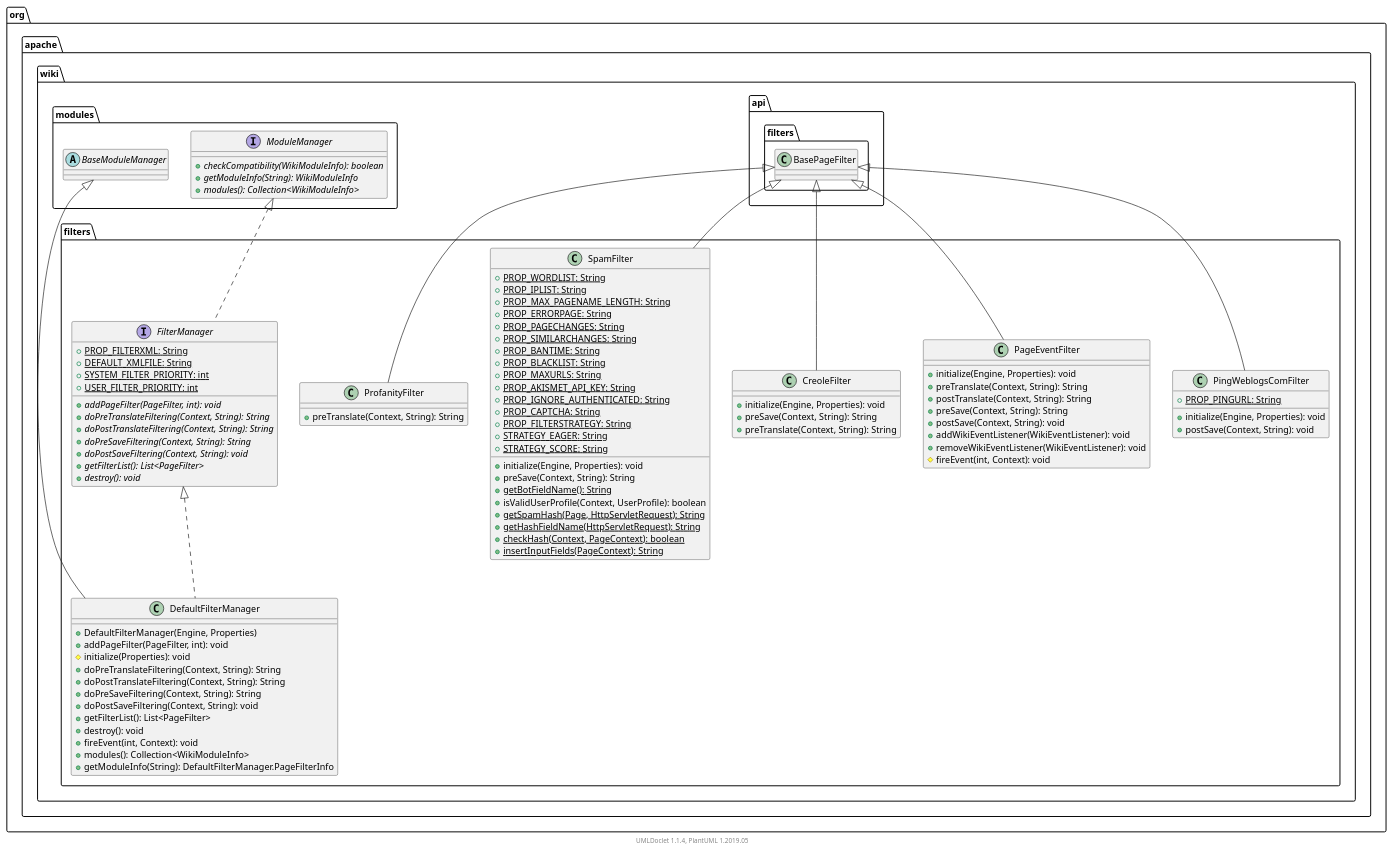
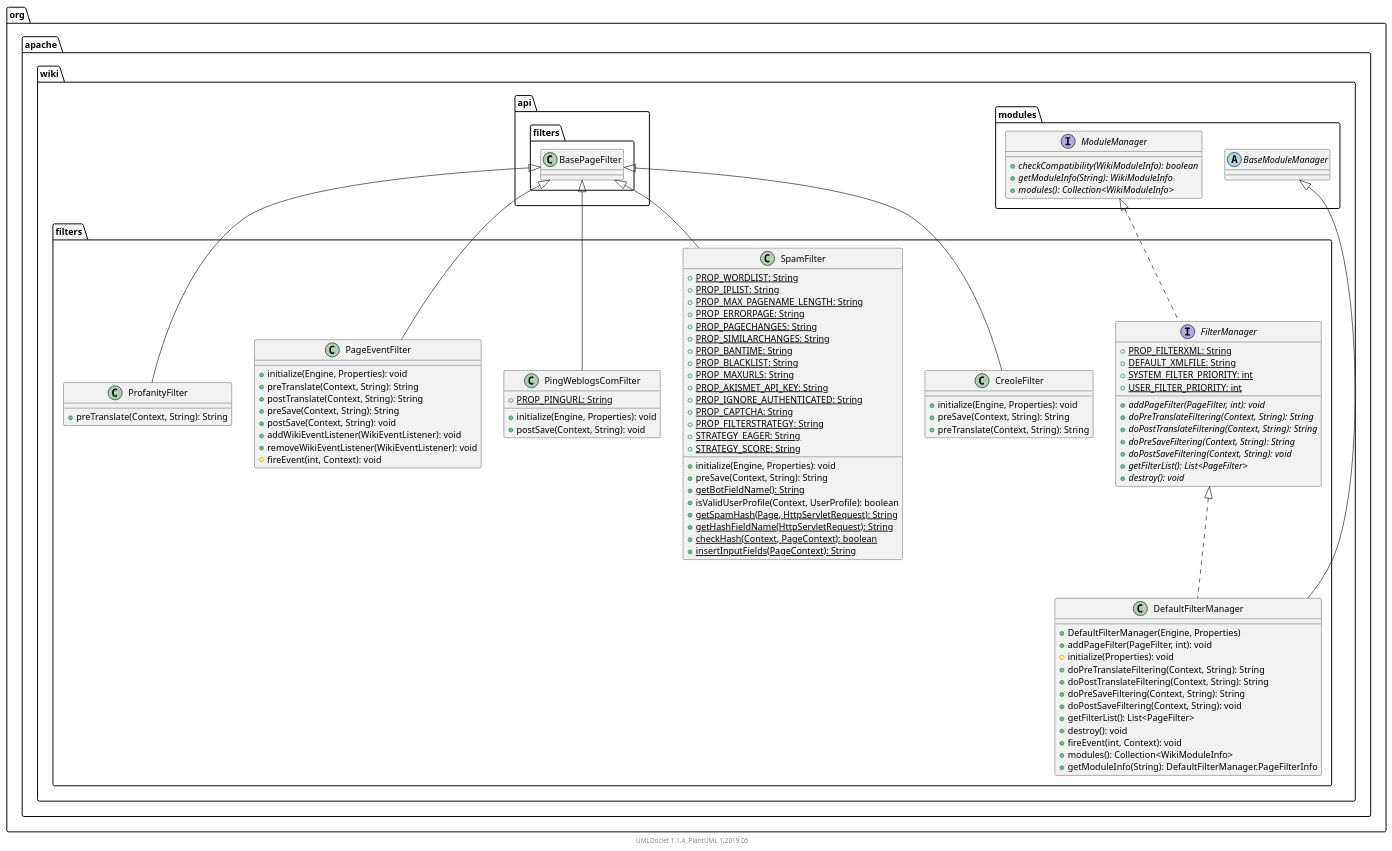
Before and after one commit to apache/jspwiki-site: the diagram in apidocs/2.11.0.M7-SNAPSHOT/org/apache/wiki/filters/package.puml, drawn with PlantUML. The commit also changed other lines of this file and 1816 other files, not shown here.

```diff
--- a/apidocs/2.11.0.M7-SNAPSHOT/org/apache/wiki/filters/package.puml
+++ b/apidocs/2.11.0.M7-SNAPSHOT/org/apache/wiki/filters/package.puml
@@ -1,114 +1,114 @@
 @startuml
 
     namespace org.apache.wiki.filters {
 
-        class PingWeblogsComFilter [[PingWeblogsComFilter.html]] {
-            {static} +PROP_PINGURL: String
-            +initialize(Engine, Properties): void
-            +postSave(Context, String): void
+        interface FilterManager [[FilterManager.html]] {
+            {static} +PROP_FILTERXML: String
+            {static} +DEFAULT_XMLFILE: String
+            {static} +SYSTEM_FILTER_PRIORITY: int
+            {static} +USER_FILTER_PRIORITY: int
+            {abstract} +addPageFilter(PageFilter, int): void
+            {abstract} +doPreTranslateFiltering(Context, String): String
+            {abstract} +doPostTranslateFiltering(Context, String): String
+            {abstract} +doPreSaveFiltering(Context, String): String
+            {abstract} +doPostSaveFiltering(Context, String): void
+            {abstract} +getFilterList(): List<PageFilter>
+            {abstract} +destroy(): void
         }
 
-        class PageEventFilter [[PageEventFilter.html]] {
-            +initialize(Engine, Properties): void
-            +preTranslate(Context, String): String
-            +postTranslate(Context, String): String
-            +preSave(Context, String): String
-            +postSave(Context, String): void
-            +addWikiEventListener(WikiEventListener): void
-            +removeWikiEventListener(WikiEventListener): void
-            #fireEvent(int, Context): void
+        class DefaultFilterManager [[DefaultFilterManager.html]] {
+            +DefaultFilterManager(Engine, Properties)
+            +addPageFilter(PageFilter, int): void
+            #initialize(Properties): void
+            +doPreTranslateFiltering(Context, String): String
+            +doPostTranslateFiltering(Context, String): String
+            +doPreSaveFiltering(Context, String): String
+            +doPostSaveFiltering(Context, String): void
+            +getFilterList(): List<PageFilter>
+            +destroy(): void
+            +fireEvent(int, Context): void
+            +modules(): Collection<WikiModuleInfo>
+            +getModuleInfo(String): DefaultFilterManager.PageFilterInfo
         }
 
         class CreoleFilter [[CreoleFilter.html]] {
             +initialize(Engine, Properties): void
             +preSave(Context, String): String
             +preTranslate(Context, String): String
         }
 
         class SpamFilter [[SpamFilter.html]] {
             {static} +PROP_WORDLIST: String
             {static} +PROP_IPLIST: String
             {static} +PROP_MAX_PAGENAME_LENGTH: String
             {static} +PROP_ERRORPAGE: String
             {static} +PROP_PAGECHANGES: String
             {static} +PROP_SIMILARCHANGES: String
             {static} +PROP_BANTIME: String
             {static} +PROP_BLACKLIST: String
             {static} +PROP_MAXURLS: String
             {static} +PROP_AKISMET_API_KEY: String
             {static} +PROP_IGNORE_AUTHENTICATED: String
             {static} +PROP_CAPTCHA: String
             {static} +PROP_FILTERSTRATEGY: String
             {static} +STRATEGY_EAGER: String
             {static} +STRATEGY_SCORE: String
             +initialize(Engine, Properties): void
             +preSave(Context, String): String
             {static} +getBotFieldName(): String
             +isValidUserProfile(Context, UserProfile): boolean
             {static} +getSpamHash(Page, HttpServletRequest): String
             {static} +getHashFieldName(HttpServletRequest): String
             {static} +checkHash(Context, PageContext): boolean
             {static} +insertInputFields(PageContext): String
         }
 
-        class DefaultFilterManager [[DefaultFilterManager.html]] {
-            +DefaultFilterManager(Engine, Properties)
-            +addPageFilter(PageFilter, int): void
-            #initialize(Properties): void
-            +doPreTranslateFiltering(Context, String): String
-            +doPostTranslateFiltering(Context, String): String
-            +doPreSaveFiltering(Context, String): String
-            +doPostSaveFiltering(Context, String): void
-            +getFilterList(): List<PageFilter>
-            +destroy(): void
-            +fireEvent(int, Context): void
-            +modules(): Collection<WikiModuleInfo>
-            +getModuleInfo(String): DefaultFilterManager.PageFilterInfo
+        class PingWeblogsComFilter [[PingWeblogsComFilter.html]] {
+            {static} +PROP_PINGURL: String
+            +initialize(Engine, Properties): void
+            +postSave(Context, String): void
+        }
+
+        class PageEventFilter [[PageEventFilter.html]] {
+            +initialize(Engine, Properties): void
+            +preTranslate(Context, String): String
+            +postTranslate(Context, String): String
+            +preSave(Context, String): String
+            +postSave(Context, String): void
+            +addWikiEventListener(WikiEventListener): void
+            +removeWikiEventListener(WikiEventListener): void
+            #fireEvent(int, Context): void
         }
 
         class ProfanityFilter [[ProfanityFilter.html]] {
             +preTranslate(Context, String): String
         }
-
-        interface FilterManager [[FilterManager.html]] {
-            {static} +PROP_FILTERXML: String
-            {static} +DEFAULT_XMLFILE: String
-            {static} +SYSTEM_FILTER_PRIORITY: int
-            {static} +USER_FILTER_PRIORITY: int
-            {abstract} +addPageFilter(PageFilter, int): void
-            {abstract} +doPreTranslateFiltering(Context, String): String
-            {abstract} +doPostTranslateFiltering(Context, String): String
-            {abstract} +doPreSaveFiltering(Context, String): String
-            {abstract} +doPostSaveFiltering(Context, String): void
-            {abstract} +getFilterList(): List<PageFilter>
-            {abstract} +destroy(): void
-        }
-
-        class org.apache.wiki.api.filters.BasePageFilter
-        org.apache.wiki.api.filters.BasePageFilter <|-- PingWeblogsComFilter
-
-        org.apache.wiki.api.filters.BasePageFilter <|-- PageEventFilter
-
-        org.apache.wiki.api.filters.BasePageFilter <|-- CreoleFilter
-
-        org.apache.wiki.api.filters.BasePageFilter <|-- SpamFilter
-
-        abstract class org.apache.wiki.modules.BaseModuleManager
-        org.apache.wiki.modules.BaseModuleManager <|-- DefaultFilterManager
-
-        FilterManager <|.. DefaultFilterManager
-
-        org.apache.wiki.api.filters.BasePageFilter <|-- ProfanityFilter
 
         interface org.apache.wiki.modules.ModuleManager {
             {abstract} +checkCompatibility(WikiModuleInfo): boolean
             {abstract} +getModuleInfo(String): WikiModuleInfo
             {abstract} +modules(): Collection<WikiModuleInfo>
         }
         org.apache.wiki.modules.ModuleManager <|.. FilterManager
 
+        abstract class org.apache.wiki.modules.BaseModuleManager
+        org.apache.wiki.modules.BaseModuleManager <|-- DefaultFilterManager
+
+        FilterManager <|.. DefaultFilterManager
+
+        class org.apache.wiki.api.filters.BasePageFilter
+        org.apache.wiki.api.filters.BasePageFilter <|-- CreoleFilter
+
+        org.apache.wiki.api.filters.BasePageFilter <|-- SpamFilter
+
+        org.apache.wiki.api.filters.BasePageFilter <|-- PingWeblogsComFilter
+
+        org.apache.wiki.api.filters.BasePageFilter <|-- PageEventFilter
+
+        org.apache.wiki.api.filters.BasePageFilter <|-- ProfanityFilter
+
     }
 
 
     center footer UMLDoclet 1.1.4, PlantUML 1.2019.05
 @enduml
```
